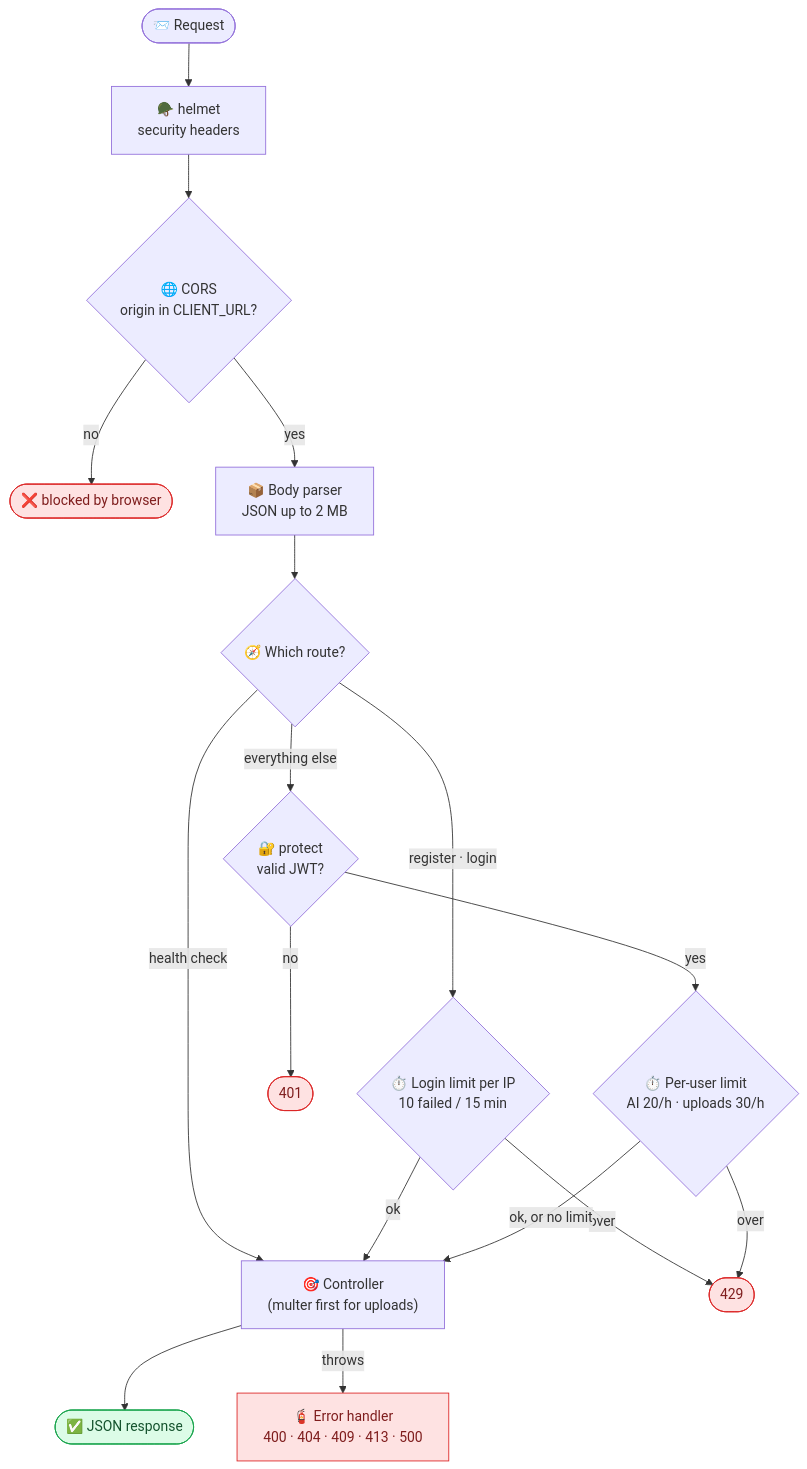
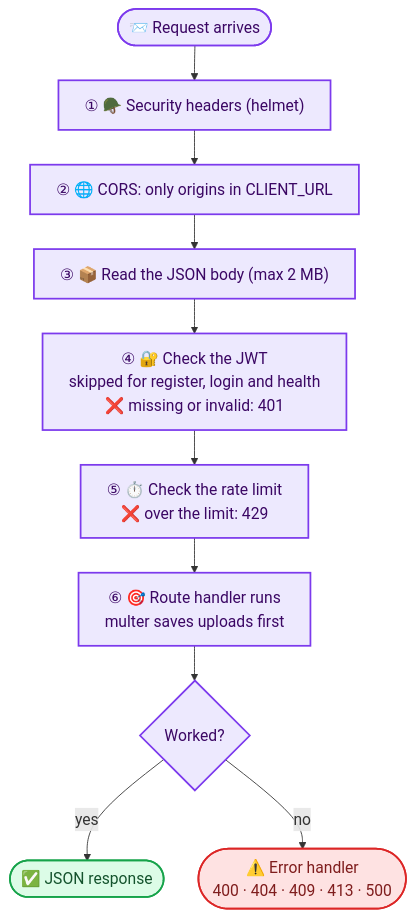
The third of 12 diagrams in README.md (anurag-joshi-1403/Social_Sync_Webapp), drawn with Mermaid before and after one commit. The commit also changed other lines of this file, not shown here.

Commit message:
docs: update README to enhance architecture and system overview sections

````diff
--- a/README.md
+++ b/README.md
@@ -202,24 +231,20 @@
 ```mermaid
+%%{init: {"themeVariables": {"fontSize": "18px"}, "flowchart": {"wrappingWidth": 360, "nodeSpacing": 40, "rankSpacing": 40}}}%%
 flowchart TD
-    R(["📨 Request"]) --> H["🪖 helmet<br/>security headers"]
-    H --> C{"🌐 CORS<br/>origin in CLIENT_URL?"}
-    C -- "no" --> X1(["❌ blocked by browser"])
-    C -- "yes" --> B["📦 Body parser<br/>JSON up to 2 MB"]
-    B --> RT{"🧭 Which route?"}
-    RT -- "health check" --> CT
-    RT -- "register · login" --> AL{"⏱️ Login limit per IP<br/>10 failed / 15 min"}
-    AL -- "over" --> X3(["429"])
-    AL -- "ok" --> CT
-    RT -- "everything else" --> P{"🔐 protect<br/>valid JWT?"}
-    P -- "no" --> X2(["401"])
-    P -- "yes" --> L{"⏱️ Per-user limit<br/>AI 20/h · uploads 30/h"}
-    L -- "over" --> X3
-    L -- "ok, or no limit" --> CT["🎯 Controller<br/>(multer first for uploads)"]
-    CT --> OK(["✅ JSON response"])
-    CT -- "throws" --> E["🧯 Error handler<br/>400 · 404 · 409 · 413 · 500"]
+    R(["📨 Request arrives"]) --> H["① 🪖 Security headers (helmet)"]
+    H --> C["② 🌐 CORS: only origins in CLIENT_URL"]
+    C --> B["③ 📦 Read the JSON body (max 2 MB)"]
+    B --> P["④ 🔐 Check the JWT<br/>skipped for register, login and health<br/>❌ missing or invalid: 401"]
+    P --> RL["⑤ ⏱️ Check the rate limit<br/>❌ over the limit: 429"]
+    RL --> CT["⑥ 🎯 Route handler runs<br/>multer saves uploads first"]
+    CT --> D{"Worked?"}
+    D -- "yes" --> OK(["✅ JSON response"])
+    D -- "no" --> ERR(["⚠️ Error handler<br/>400 · 404 · 409 · 413 · 500"])
 
-    classDef ok fill:#DCFCE7,stroke:#16A34A,color:#14532D
-    classDef bad fill:#FEE2E2,stroke:#DC2626,color:#7F1D1D
+    classDef step fill:#EDE9FE,stroke:#7C3AED,stroke-width:2px,color:#3B0764
+    classDef ok fill:#DCFCE7,stroke:#16A34A,stroke-width:2px,color:#14532D
+    classDef bad fill:#FEE2E2,stroke:#DC2626,stroke-width:2px,color:#7F1D1D
+    class R,H,C,B,P,RL,CT,D step
     class OK ok
-    class X1,X2,X3,E bad
+    class ERR bad
 ```
````
